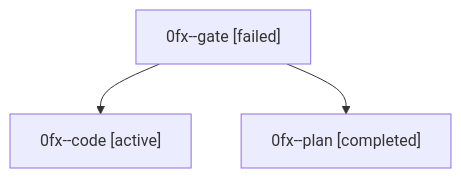
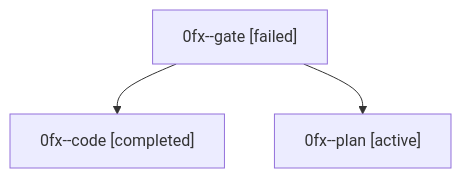
The diagram in families/bbugyi200.athena.0fx.md (sase-org/sase--agents), drawn with Mermaid before and after one commit. The commit also changed other lines of this file and 35830 other files, not shown here.

````diff
--- a/families/bbugyi200.athena.0fx.md
+++ b/families/bbugyi200.athena.0fx.md
@@ -9,8 +9,8 @@
 ```mermaid
 flowchart TD
   n0["0fx--gate [failed]"]
-  n1["0fx--code [active]"]
+  n1["0fx--code [completed]"]
   n0 --> n1
-  n2["0fx--plan [completed]"]
+  n2["0fx--plan [active]"]
   n0 --> n2
 ```
````
